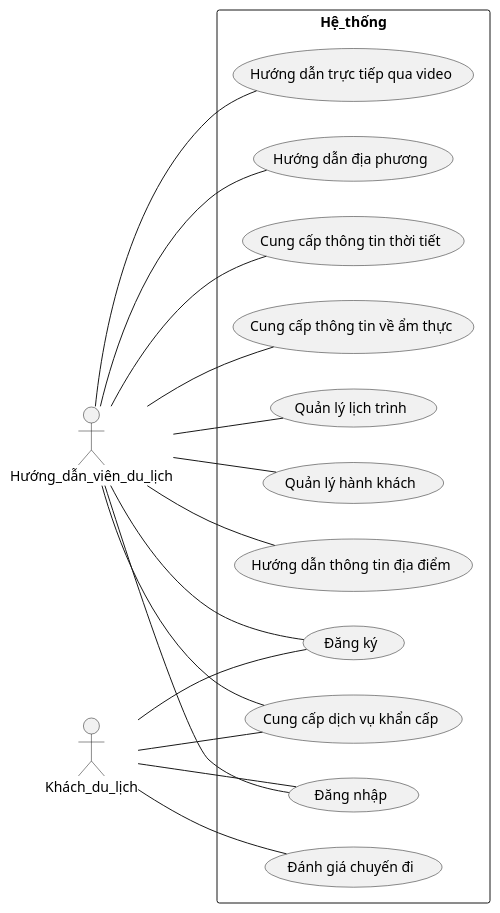
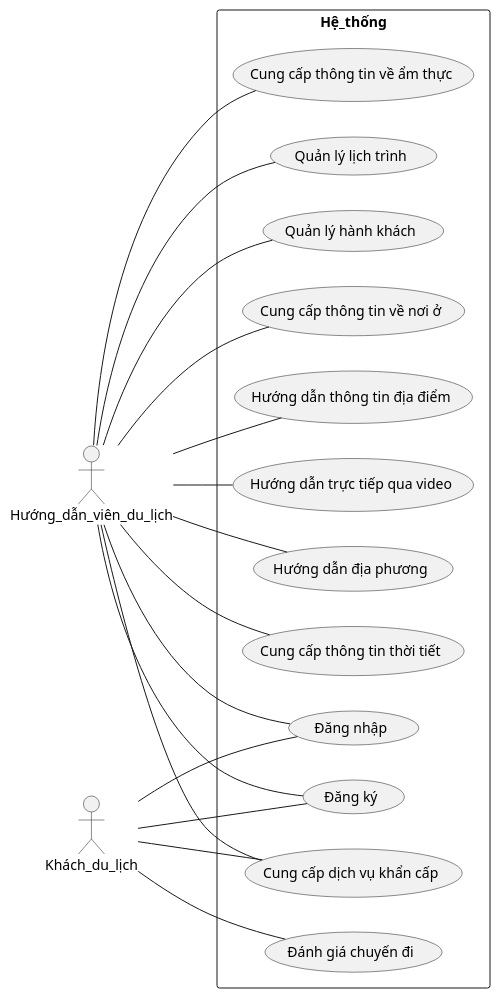
Before and after one commit to Khoitran0205/SE357-Pratice-class: the diagram in lab1.2/usecase_diagram.plantuml, drawn with PlantUML.

```diff
--- a/lab1.2/usecase_diagram.plantuml
+++ b/lab1.2/usecase_diagram.plantuml
@@ -1,37 +1,39 @@
 @startuml
 left to right direction
 actor Hướng_dẫn_viên_du_lịch as HDV
 actor Khách_du_lịch as Khách
 
 rectangle Hệ_thống {
   usecase (Đăng nhập) as UC_Dang_nhap
   usecase (Đăng ký) as UC_Dang_ky
   usecase (Hướng dẫn thông tin địa điểm) as UC_HD_Dia_diem
   usecase (Hướng dẫn trực tiếp qua video) as UC_HD_Video
   usecase (Hướng dẫn địa phương) as UC_HD_Dia_phuong
   usecase (Cung cấp thông tin thời tiết) as UC_Thoi_tiet
   usecase (Cung cấp thông tin về ẩm thực) as UC_Ẩm_thực
   usecase (Đánh giá chuyến đi) as UC_Danh_gia
   usecase (Quản lý lịch trình) as UC_Lich_trinh
   usecase (Quản lý hành khách) as UC_Hanh_khach
   usecase (Cung cấp dịch vụ khẩn cấp) as UC_Khan_cap
+  usecase (Cung cấp thông tin về nơi ở) as UC_Noi_o
 
   HDV -- UC_HD_Dia_diem
   HDV -- UC_HD_Video
+  HDV -- UC_Noi_o
   HDV -- UC_HD_Dia_phuong
   HDV -- UC_Thoi_tiet
   HDV -- UC_Ẩm_thực
   Khách -- UC_Danh_gia
   HDV -- UC_Lich_trinh
   HDV -- UC_Hanh_khach
   HDV -- UC_Khan_cap
   Khách -- UC_Khan_cap
   Khách -- UC_Dang_nhap
   HDV -- UC_Dang_nhap
   Khách -- UC_Dang_ky
   HDV -- UC_Dang_ky
 }
 
 
 
 @enduml
```
